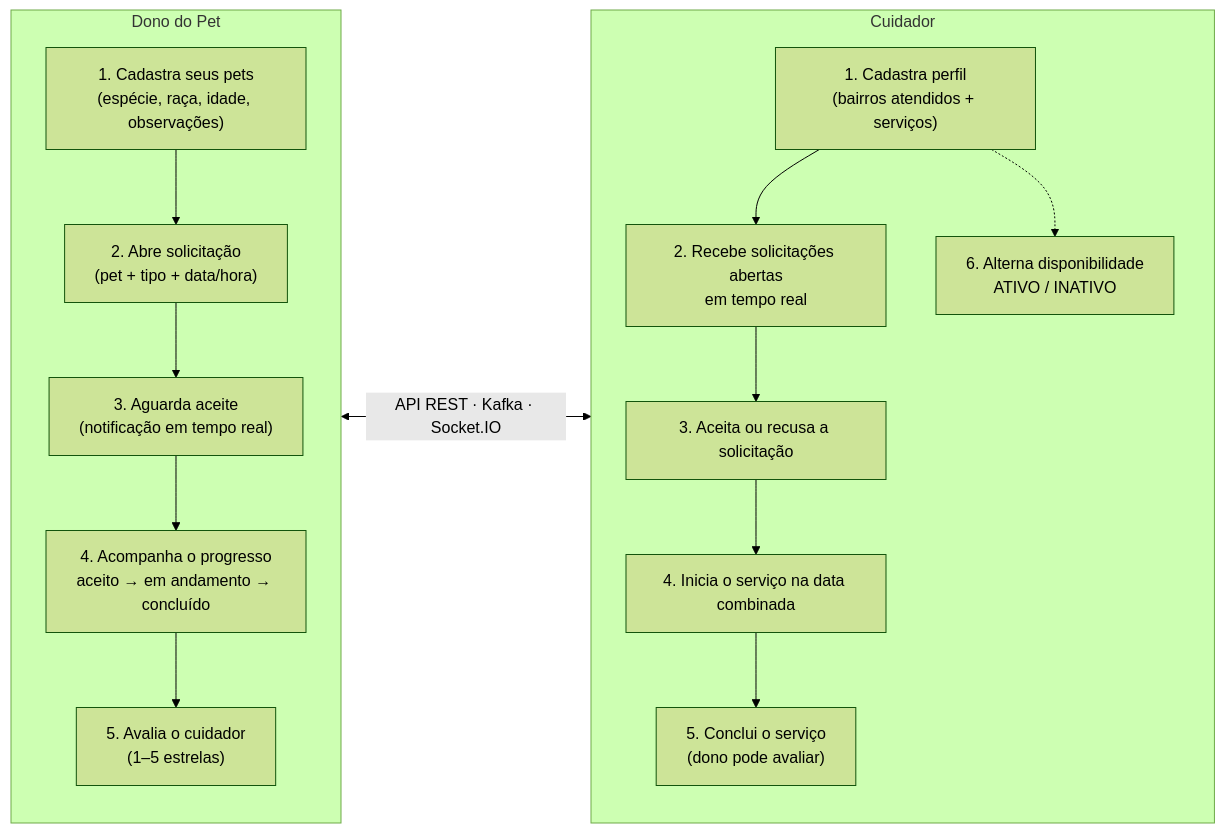
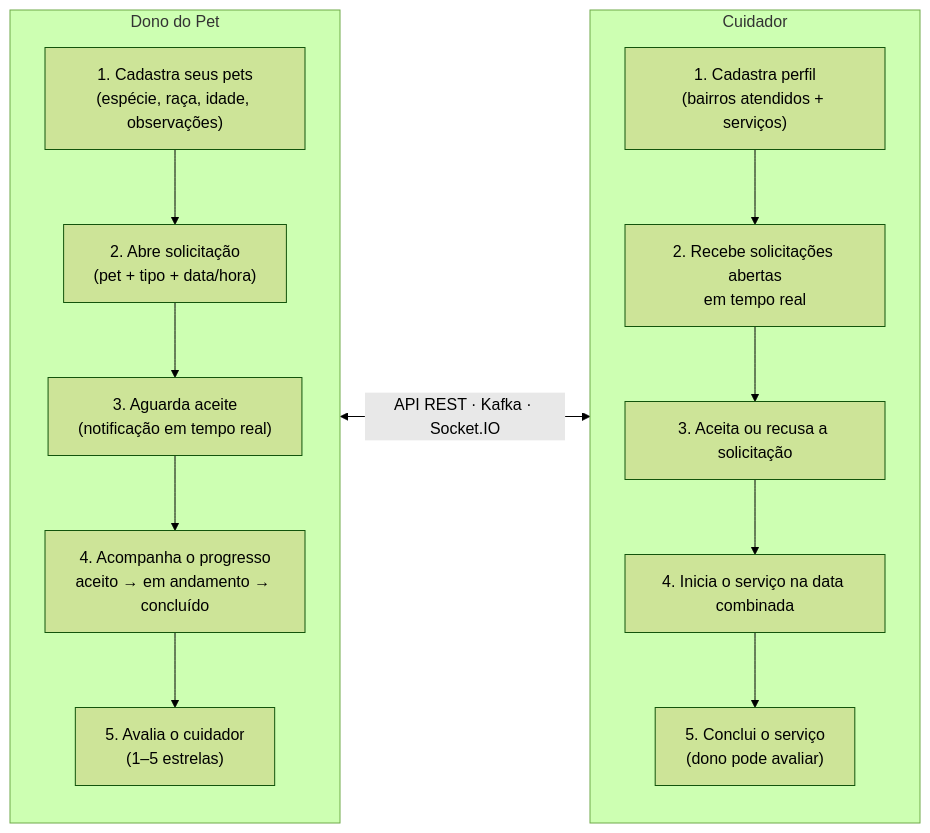
Before and after one commit to marcosffp/plantao-pet-system: the diagram in README.md, drawn with Mermaid (forest theme). The commit also changed other lines of this file and 11 other files, not shown here.

````diff
--- a/README.md
+++ b/README.md
@@ -81,26 +81,24 @@
 ```mermaid
 flowchart LR
     subgraph OWNER["Dono do Pet"]
         direction TB
         O1["1. Cadastra seus pets\n(espécie, raça, idade, observações)"]
         O2["2. Abre solicitação\n(pet + tipo + data/hora)"]
         O3["3. Aguarda aceite\n(notificação em tempo real)"]
         O4["4. Acompanha o progresso\naceito → em andamento → concluído"]
         O5["5. Avalia o cuidador\n(1–5 estrelas)"]
         O1 --> O2 --> O3 --> O4 --> O5
     end
 
     subgraph CAREGIVER["Cuidador"]
         direction TB
         C1["1. Cadastra perfil\n(bairros atendidos + serviços)"]
         C2["2. Recebe solicitações abertas\nem tempo real"]
         C3["3. Aceita ou recusa a solicitação"]
         C4["4. Inicia o serviço na data combinada"]
         C5["5. Conclui o serviço\n(dono pode avaliar)"]
-        C6["6. Alterna disponibilidade\nATIVO / INATIVO"]
         C1 --> C2 --> C3 --> C4 --> C5
-        C1 -.-> C6
     end
 
     OWNER <-->|"API REST · Kafka · Socket.IO"| CAREGIVER
 ```
````
